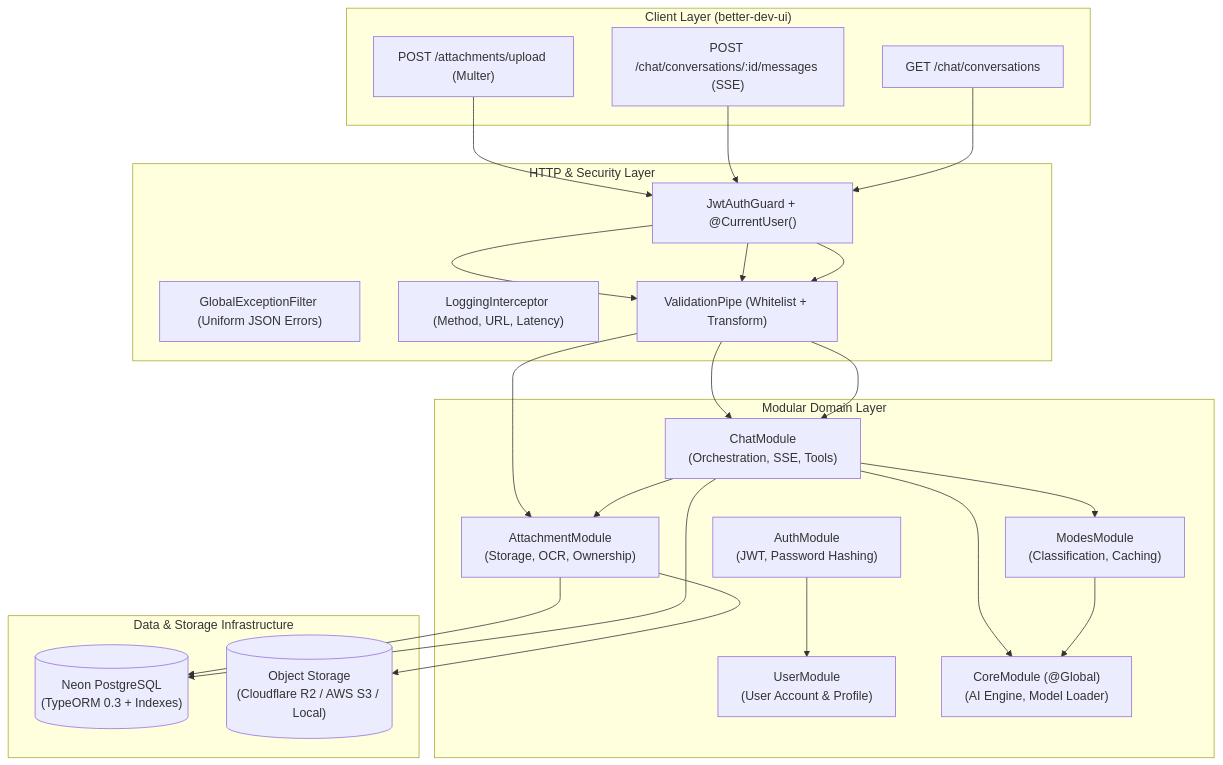
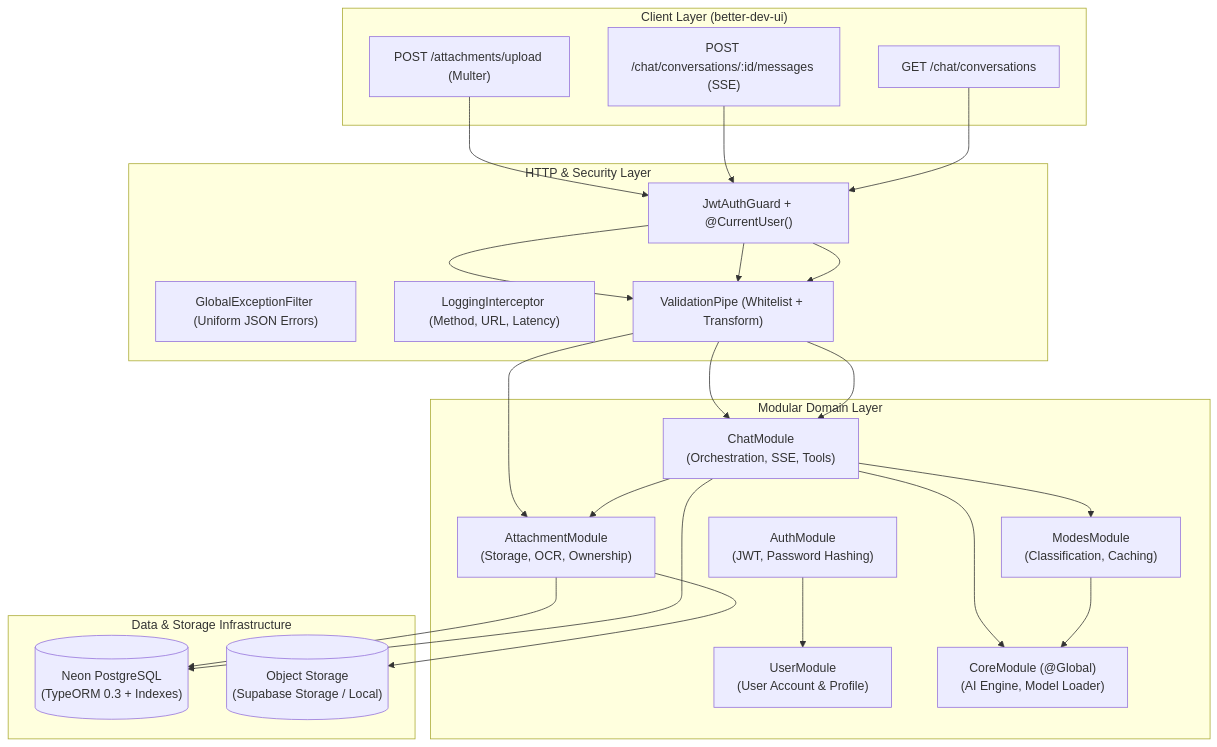
One commit to Kashif-Rezwi/better-dev-api changed the diagram in architectures/ARCHITECTURE_CURRENT.md. Above: the diagram before and after it, drawn with Mermaid. The commit also changed other lines of this file and 2 other files, not shown here.

Commit message:
docs: align README and architecture docs with current implementation; run Jest tests in CI

````diff
--- a/architectures/ARCHITECTURE_CURRENT.md
+++ b/architectures/ARCHITECTURE_CURRENT.md
@@ -11,43 +11,43 @@
 ```mermaid
 graph TD
     subgraph Client_Layer["Client Layer (better-dev-ui)"]
         UI_Upload["POST /attachments/upload (Multer)"]
         UI_Chat["POST /chat/conversations/:id/messages (SSE)"]
         UI_List["GET /chat/conversations"]
     end
 
     subgraph HTTP_Middleware["HTTP & Security Layer"]
         Guard["JwtAuthGuard + @CurrentUser()"]
         Filter["GlobalExceptionFilter (Uniform JSON Errors)"]
         Logging["LoggingInterceptor (Method, URL, Latency)"]
         Validation["ValidationPipe (Whitelist + Transform)"]
     end
 
     subgraph Application_Modules["Modular Domain Layer"]
         AuthM["AuthModule<br/>(JWT, Password Hashing)"]
         UserM["UserModule<br/>(User Account & Profile)"]
         AttachM["AttachmentModule<br/>(Storage, OCR, Ownership)"]
         ChatM["ChatModule<br/>(Orchestration, SSE, Tools)"]
         ModesM["ModesModule<br/>(Classification, Caching)"]
         CoreM["CoreModule (@Global)<br/>(AI Engine, Model Loader)"]
     end
 
     subgraph Data_Layer["Data & Storage Infrastructure"]
         Postgres[("Neon PostgreSQL<br/>(TypeORM 0.3 + Indexes)")]
-        Storage[("Object Storage<br/>(Cloudflare R2 / AWS S3 / Local)")]
+        Storage[("Object Storage<br/>(Supabase Storage / Local)")]
     end
 
     UI_Upload --> Guard --> Validation --> AttachM
     UI_Chat --> Guard --> Validation --> ChatM
     UI_List --> Guard --> Validation --> ChatM
 
     AuthM --> UserM
     AttachM --> Postgres
     AttachM --> Storage
 
     ChatM --> ModesM
     ChatM --> AttachM
     ChatM --> CoreM
     ChatM --> Postgres
     ModesM --> CoreM
 ```
````
